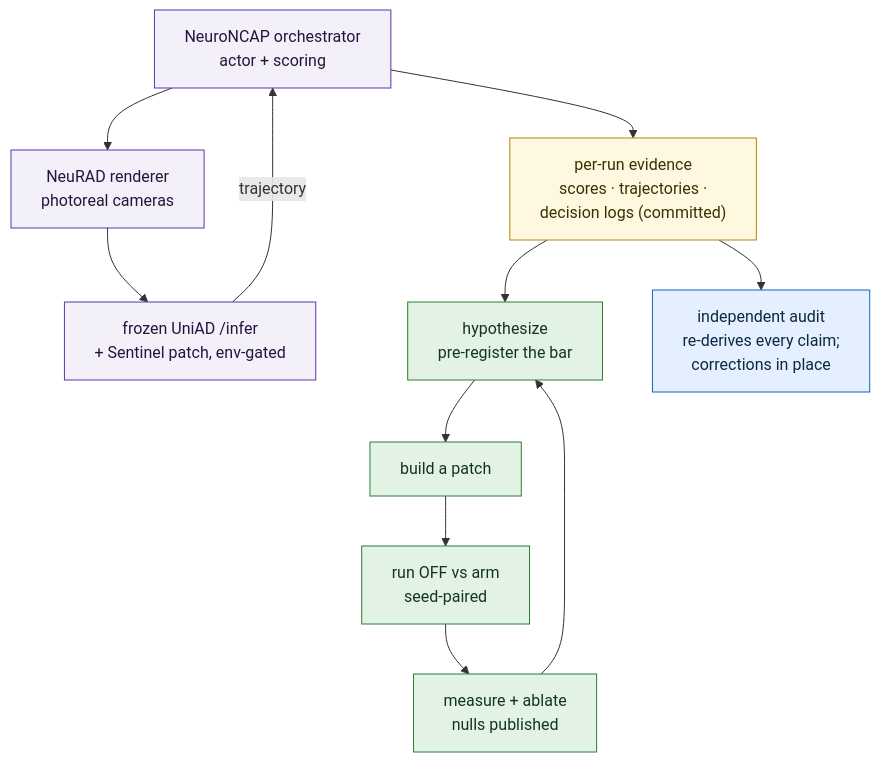
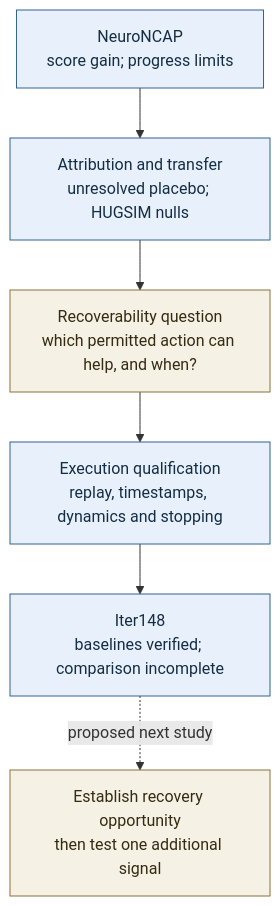
The second of 2 diagrams in README.md (manfromnowhere143/sentinel), drawn with Mermaid before and after one commit. The commit also changed other lines of this file and 33 other files, not shown here.

Commit message:
docs: update Sentinel research story, architecture and current evidence

````diff
--- a/README.md
+++ b/README.md
@@ -771,17 +216,12 @@
 ```mermaid
 flowchart TB
-  ORCH["NeuroNCAP orchestrator<br/>actor + scoring"] --> REND["NeuRAD renderer<br/>photoreal cameras"]
-  REND --> MODEL["frozen UniAD /infer<br/>+ Sentinel patch, env-gated"]
-  MODEL -- "trajectory" --> ORCH
-  ORCH --> EVID["per-run evidence<br/>scores · trajectories ·<br/>decision logs (committed)"]
-  EVID --> H["hypothesize<br/>pre-register the bar"] --> B2["build a patch"] --> R2["run OFF vs arm<br/>seed-paired"] --> M2["measure + ablate<br/>nulls published"] --> H
-  EVID --> AUD["independent audit<br/>re-derives every claim;<br/>corrections in place"]
-  classDef stack fill:#f3f0fa,stroke:#5e35b1,color:#22163d;
-  classDef loop fill:#e2f3e5,stroke:#2e7d32,color:#13361b;
-  classDef ev fill:#fff8e1,stroke:#b28704,color:#3d2f00;
-  classDef audit fill:#e4f0ff,stroke:#1565c0,color:#0c2742;
-  class ORCH,REND,MODEL stack;
-  class H,B2,R2,M2 loop;
-  class EVID ev;
-  class AUD audit;
+  N["NeuroNCAP<br/>score gain; progress limits"] --> A["Attribution and transfer<br/>unresolved placebo; HUGSIM nulls"]
+  A --> Q["Recoverability question<br/>which permitted action can help, and when?"]
+  Q --> X["Execution qualification<br/>replay, timestamps, dynamics and stopping"]
+  X --> R["Iter148<br/>baselines verified; comparison incomplete"]
+  R -. "proposed next study" .-> F["Establish recovery opportunity<br/>then test one additional signal"]
+  classDef observed fill:#e8f1fb,stroke:#32628c,color:#142d45;
+  classDef proposed fill:#f5f1e5,stroke:#89733a,color:#352b12;
+  class N,A,X,R observed;
+  class Q,F proposed;
 ```
````
